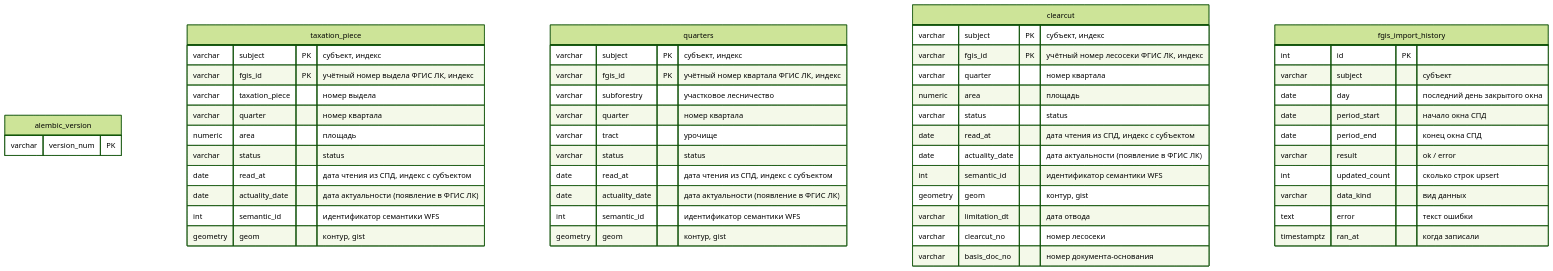
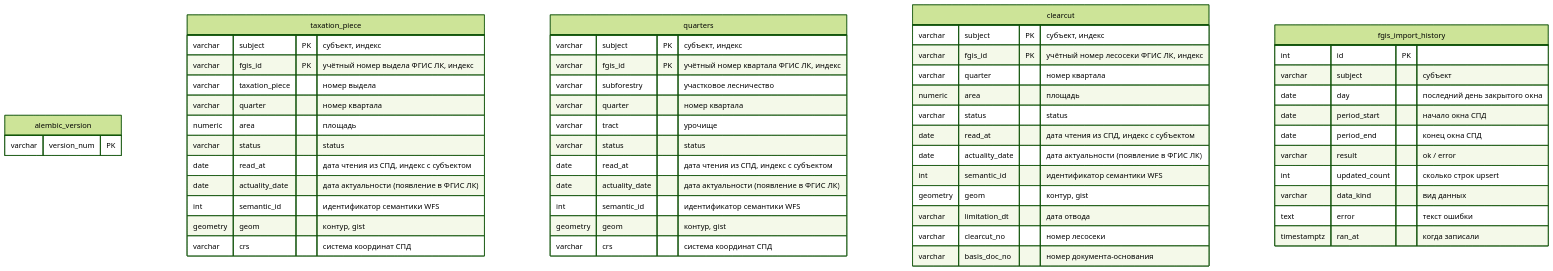
One commit to AversIgor/dbms changed the diagram in migrate/schema.md. Above: the diagram before and after it, drawn with Mermaid (forest theme). The commit also changed other lines of this file and 12 other files, not shown here.

````diff
--- a/migrate/schema.md
+++ b/migrate/schema.md
@@ -5,56 +5,58 @@
 ```mermaid
 erDiagram
   alembic_version {
     varchar version_num PK
   }
   taxation_piece {
     varchar subject PK "субъект, индекс"
     varchar fgis_id PK "учётный номер выдела ФГИС ЛК, индекс"
     varchar taxation_piece "номер выдела"
     varchar quarter "номер квартала"
     numeric area "площадь"
     varchar status "status"
     date read_at "дата чтения из СПД, индекс с субъектом"
     date actuality_date "дата актуальности (появление в ФГИС ЛК)"
     int semantic_id "идентификатор семантики WFS"
     geometry geom "контур, gist"
+    varchar crs "система координат СПД"
   }
   quarters {
     varchar subject PK "субъект, индекс"
     varchar fgis_id PK "учётный номер квартала ФГИС ЛК, индекс"
     varchar subforestry "участковое лесничество"
     varchar quarter "номер квартала"
     varchar tract "урочище"
     varchar status "status"
     date read_at "дата чтения из СПД, индекс с субъектом"
     date actuality_date "дата актуальности (появление в ФГИС ЛК)"
     int semantic_id "идентификатор семантики WFS"
     geometry geom "контур, gist"
+    varchar crs "система координат СПД"
   }
   clearcut {
     varchar subject PK "субъект, индекс"
     varchar fgis_id PK "учётный номер лесосеки ФГИС ЛК, индекс"
     varchar quarter "номер квартала"
     numeric area "площадь"
     varchar status "status"
     date read_at "дата чтения из СПД, индекс с субъектом"
     date actuality_date "дата актуальности (появление в ФГИС ЛК)"
     int semantic_id "идентификатор семантики WFS"
     geometry geom "контур, gist"
     varchar limitation_dt "дата отвода"
     varchar clearcut_no "номер лесосеки"
     varchar basis_doc_no "номер документа-основания"
   }
   fgis_import_history {
     int id PK
     varchar subject "субъект"
     date day "последний день закрытого окна"
     date period_start "начало окна СПД"
     date period_end "конец окна СПД"
     varchar result "ok / error"
     int updated_count "сколько строк upsert"
     varchar data_kind "вид данных"
     text error "текст ошибки"
     timestamptz ran_at "когда записали"
   }
 ```
````
